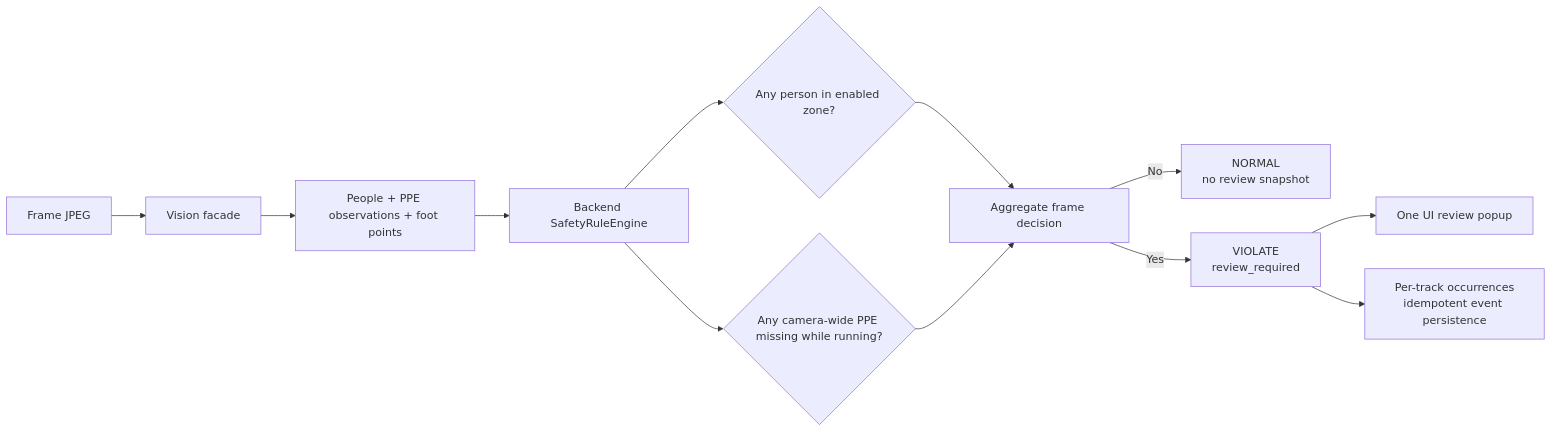
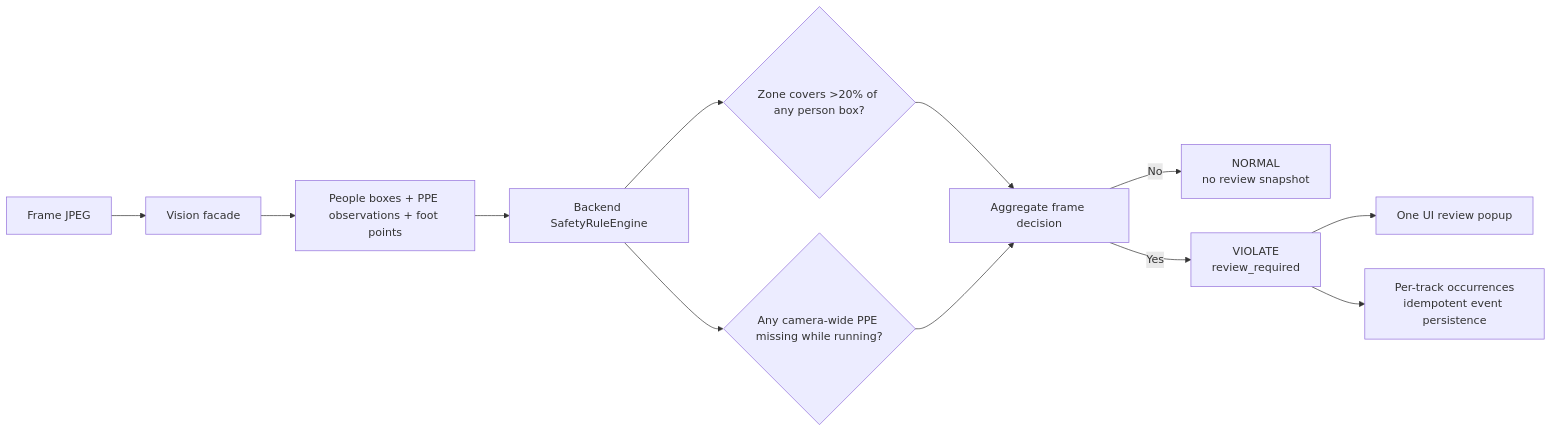
The diagram in docs/architecture/alert-rule-contract.md (NguyenNhat4/Sentiel-safety-intelligent), drawn with Mermaid before and after one commit. The commit also changed other lines of this file and 10 other files, not shown here.

````diff
--- a/docs/architecture/alert-rule-contract.md
+++ b/docs/architecture/alert-rule-contract.md
@@ -42,14 +45,14 @@
 ```mermaid
 flowchart LR
     A[Frame JPEG] --> B[Vision facade]
-    B --> C[People + PPE observations + foot points]
+    B --> C[People boxes + PPE observations + foot points]
     C --> D[Backend SafetyRuleEngine]
-    D --> E{Any person in enabled zone?}
+    D --> E{Zone covers >20% of any person box?}
     D --> F{Any camera-wide PPE missing while running?}
     E --> G[Aggregate frame decision]
     F --> G
     G -->|No| H[NORMAL\nno review snapshot]
     G -->|Yes| I[VIOLATE\nreview_required]
     I --> J[One UI review popup]
     I --> K[Per-track occurrences\nidempotent event persistence]
 ```
````
